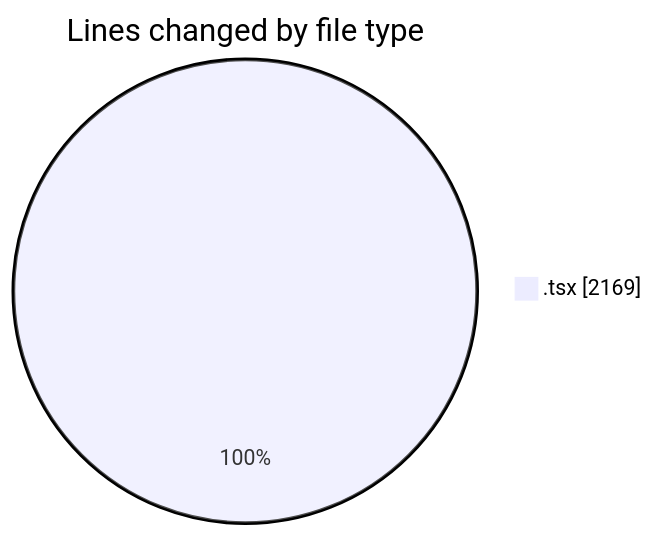
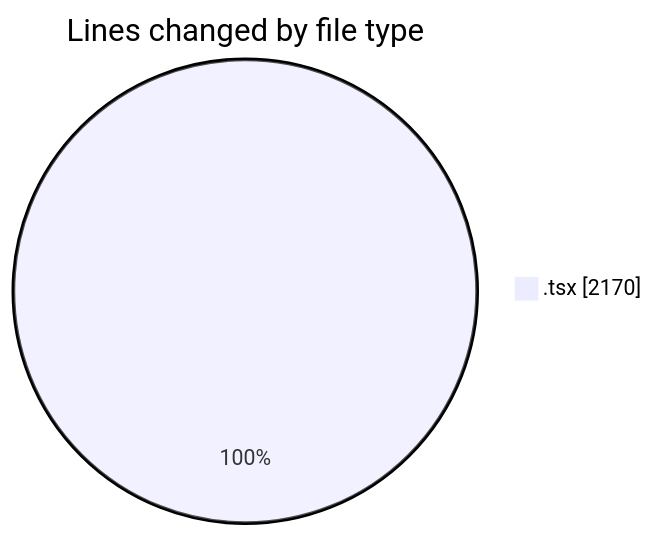
Before and after one commit to julien-gomy/code-tracking: the first of 2 diagrams in 2025-10-13/eventscop-frontend-guide__workspace_/README.md, drawn with Mermaid. The commit also changed other lines of this file and 1 other file, not shown here.

````diff
--- a/2025-10-13/eventscop-frontend-guide__workspace_/README.md
+++ b/2025-10-13/eventscop-frontend-guide__workspace_/README.md
@@ -25,5 +26,5 @@
 ```mermaid
 pie showData
 title Lines changed by file type
-".tsx" : 2169
+".tsx" : 2170
 ```
````
